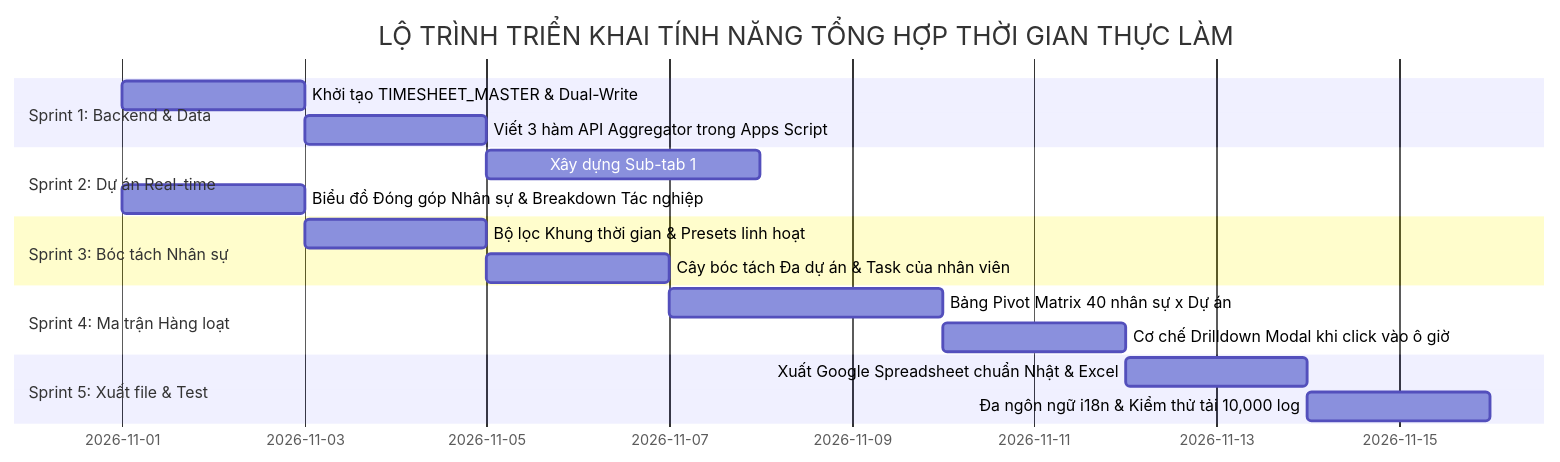
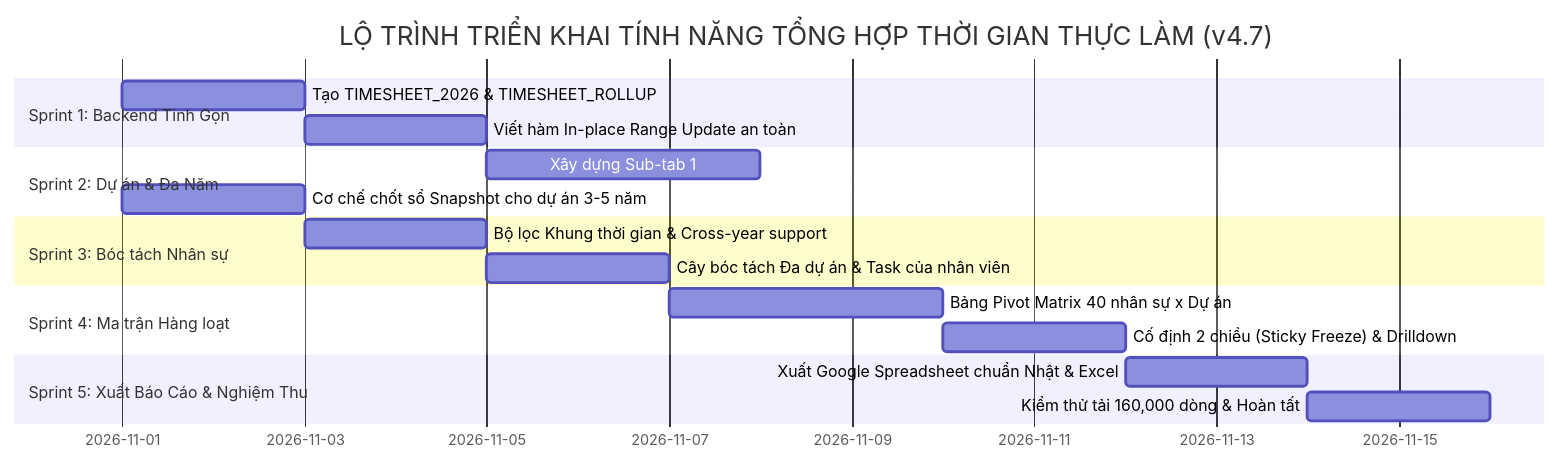
Before and after one commit to Duynamo/Google-Appscript: the first of 3 diagrams in 03_Project Management/KE_HOACH_TONG_HOP_THOI_GIAN_THUC_TE_VA_DOI_CHIEU_NHAN_SU.md, drawn with Mermaid. The commit also changed other lines of this file and 77 other files, not shown here.

````diff
--- a/03_Project Management/KE_HOACH_TONG_HOP_THOI_GIAN_THUC_TE_VA_DOI_CHIEU_NHAN_SU.md
+++ b/03_Project Management/KE_HOACH_TONG_HOP_THOI_GIAN_THUC_TE_VA_DOI_CHIEU_NHAN_SU.md
@@ -811,20 +962,20 @@
 ```mermaid
 gantt
-    title LỘ TRÌNH TRIỂN KHAI TÍNH NĂNG TỔNG HỢP THỜI GIAN THỰC LÀM
+    title LỘ TRÌNH TRIỂN KHAI TÍNH NĂNG TỔNG HỢP THỜI GIAN THỰC LÀM (v4.7)
     dateFormat  YYYY-MM-DD
-    section Sprint 1: Backend & Data
-    Khởi tạo TIMESHEET_MASTER & Dual-Write       :s1_1, 2026-11-01, 2d
-    Viết 3 hàm API Aggregator trong Apps Script   :s1_2, after s1_1, 2d
-    section Sprint 2: Dự án Real-time
+    section Sprint 1: Backend Tinh Gọn
+    Tạo TIMESHEET_2026 & TIMESHEET_ROLLUP        :s1_1, 2026-11-01, 2d
+    Viết hàm In-place Range Update an toàn       :s1_2, after s1_1, 2d
+    section Sprint 2: Dự án & Đa Năm
     Xây dựng Sub-tab 1: Dự án Real-time          :s2_1, after s1_2, 3d
-    Biểu đồ Đóng góp Nhân sự & Breakdown Tác nghiệp: s2_2, after s2_1, 2d
+    Cơ chế chốt sổ Snapshot cho dự án 3-5 năm    :s2_2, after s2_1, 2d
     section Sprint 3: Bóc tách Nhân sự
-    Bộ lọc Khung thời gian & Presets linh hoạt   :s3_1, after s2_2, 2d
+    Bộ lọc Khung thời gian & Cross-year support  :s3_1, after s2_2, 2d
     Cây bóc tách Đa dự án & Task của nhân viên   :s3_2, after s3_1, 2d
     section Sprint 4: Ma trận Hàng loạt
     Bảng Pivot Matrix 40 nhân sự x Dự án        :s4_1, after s3_2, 3d
-    Cơ chế Drilldown Modal khi click vào ô giờ   :s4_2, after s4_1, 2d
-    section Sprint 5: Xuất file & Test
+    Cố định 2 chiều (Sticky Freeze) & Drilldown  :s4_2, after s4_1, 2d
+    section Sprint 5: Xuất Báo Cáo & Nghiệm Thu
     Xuất Google Spreadsheet chuẩn Nhật & Excel   :s5_1, after s4_2, 2d
-    Đa ngôn ngữ i18n & Kiểm thử tải 10,000 log   :s5_2, after s5_1, 2d
+    Kiểm thử tải 160,000 dòng & Hoàn tất         :s5_2, after s5_1, 2d
 ```
````
